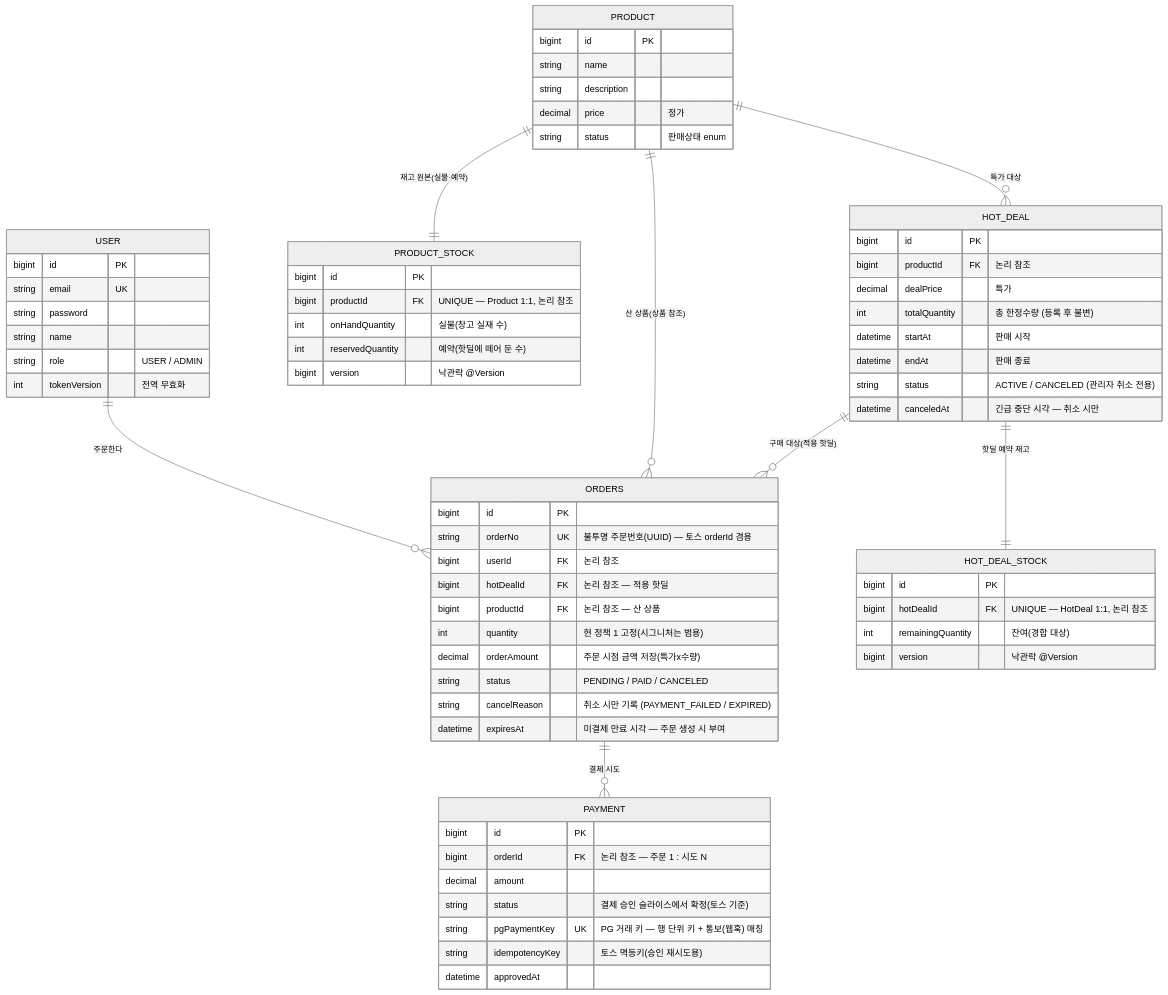
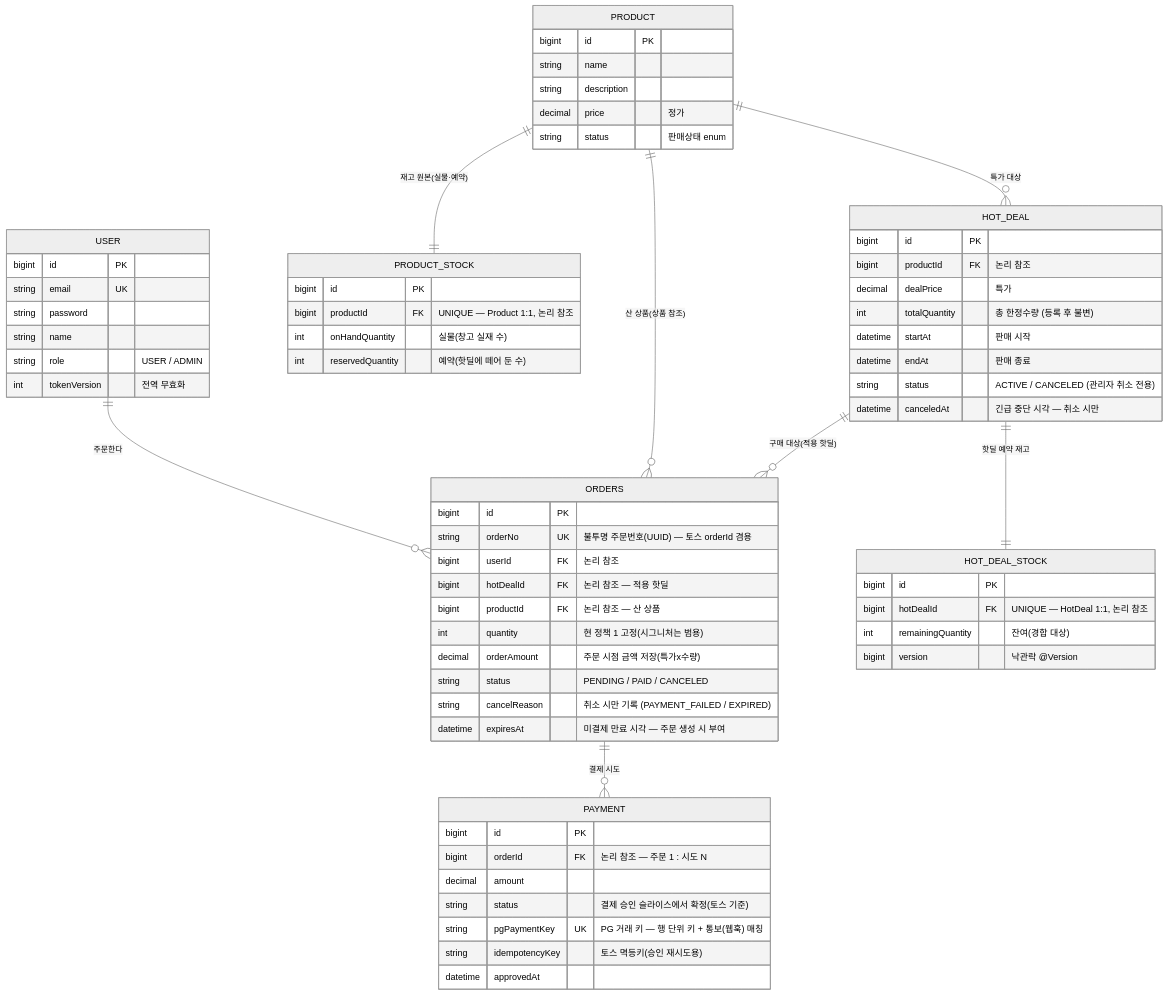
The diagram in docs/design/erd.md (Ting97ok/hotdeal-commerce), drawn with Mermaid (neutral theme) before and after one commit. The commit also changed other lines of this file and 1 other file, not shown here.

First line of the commit message:
[Docs] 핫딜 등록 테스트 리스트 #10 + erd ProductStock 원자적 UPDATE 반영

````diff
--- a/docs/design/erd.md
+++ b/docs/design/erd.md
@@ -11,70 +11,69 @@
 ```mermaid
 erDiagram
     USER     ||--o{ ORDERS         : "주문한다"
     PRODUCT  ||--|| PRODUCT_STOCK  : "재고 원본(실물·예약)"
     PRODUCT  ||--o{ HOT_DEAL       : "특가 대상"
     PRODUCT  ||--o{ ORDERS         : "산 상품(상품 참조)"
     HOT_DEAL ||--|| HOT_DEAL_STOCK : "핫딜 예약 재고"
     HOT_DEAL ||--o{ ORDERS         : "구매 대상(적용 핫딜)"
     ORDERS   ||--o{ PAYMENT        : "결제 시도"
 
     USER {
         bigint id PK
         string email UK
         string password
         string name
         string role "USER / ADMIN"
         int    tokenVersion "전역 무효화"
     }
     PRODUCT {
         bigint  id PK
         string  name
         string  description
         decimal price "정가"
         string  status "판매상태 enum"
     }
     PRODUCT_STOCK {
         bigint id PK
         bigint productId FK "UNIQUE — Product 1:1, 논리 참조"
         int    onHandQuantity "실물(창고 실재 수)"
         int    reservedQuantity "예약(핫딜에 떼어 둔 수)"
-        bigint version "낙관락 @Version"
     }
     HOT_DEAL {
         bigint   id PK
         bigint   productId FK "논리 참조"
         decimal  dealPrice "특가"
         int      totalQuantity "총 한정수량 (등록 후 불변)"
         datetime startAt "판매 시작"
         datetime endAt "판매 종료"
         string   status "ACTIVE / CANCELED (관리자 취소 전용)"
         datetime canceledAt "긴급 중단 시각 — 취소 시만"
     }
     HOT_DEAL_STOCK {
         bigint id PK
         bigint hotDealId FK "UNIQUE — HotDeal 1:1, 논리 참조"
         int    remainingQuantity "잔여(경합 대상)"
         bigint version "낙관락 @Version"
     }
     ORDERS {
         bigint   id PK
         string   orderNo UK "불투명 주문번호(UUID) — 토스 orderId 겸용"
         bigint   userId FK "논리 참조"
         bigint   hotDealId FK "논리 참조 — 적용 핫딜"
         bigint   productId FK "논리 참조 — 산 상품"
         int      quantity "현 정책 1 고정(시그니처는 범용)"
         decimal  orderAmount "주문 시점 금액 저장(특가x수량)"
         string   status "PENDING / PAID / CANCELED"
         string   cancelReason "취소 시만 기록 (PAYMENT_FAILED / EXPIRED)"
         datetime expiresAt "미결제 만료 시각 — 주문 생성 시 부여"
     }
     PAYMENT {
         bigint   id PK
         bigint   orderId FK "논리 참조 — 주문 1 : 시도 N"
         decimal  amount
         string   status "결제 승인 슬라이스에서 확정(토스 기준)"
         string   pgPaymentKey UK "PG 거래 키 — 행 단위 키 + 통보(웹훅) 매칭"
         string   idempotencyKey "토스 멱등키(승인 재시도용)"
         datetime approvedAt
     }
 ```
````
